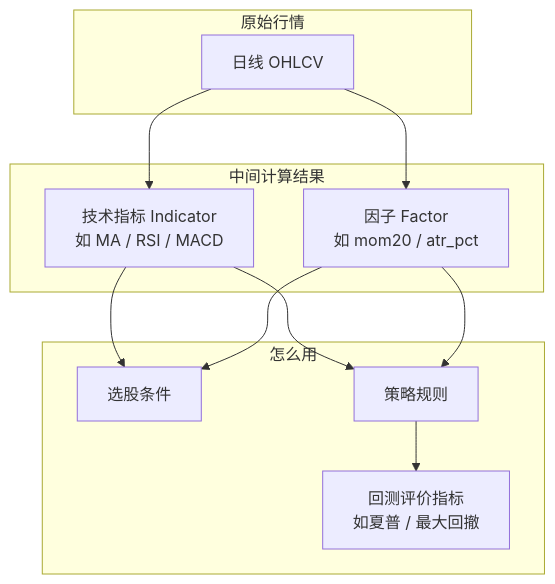
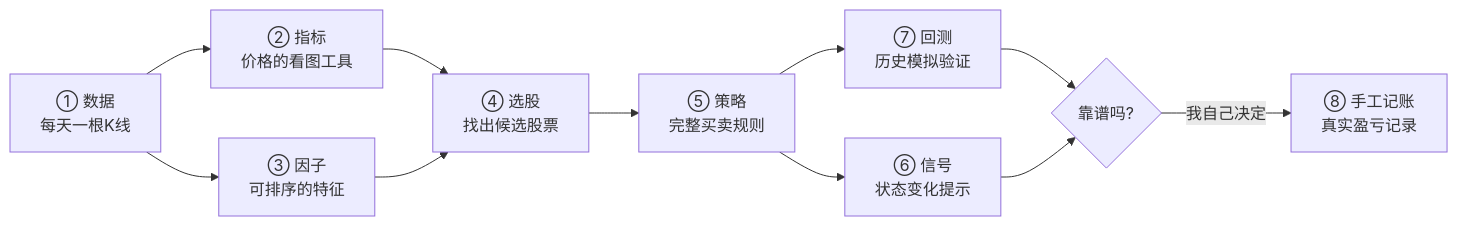
The first of 4 diagrams in quant/slidev/slides.md (hankjs/trace), drawn with Mermaid before and after one commit. The commit also changed other lines of this file, not shown here.

````diff
--- a/quant/slidev/slides.md
+++ b/quant/slidev/slides.md
@@ -370,22 +78,13 @@
 ```mermaid
-flowchart TB
-  subgraph raw [原始行情]
-    BAR[日线 OHLCV]
-  end
-  subgraph mid [中间计算结果]
-    IND[技术指标 Indicator<br/>如 MA / RSI / MACD]
-    FAC[因子 Factor<br/>如 mom20 / atr_pct]
-  end
-  subgraph use [怎么用]
-    SCR[选股条件]
-    STR[策略规则]
-    MET[回测评价指标<br/>如夏普 / 最大回撤]
-  end
-  BAR --> IND
-  BAR --> FAC
-  IND --> SCR
-  IND --> STR
-  FAC --> SCR
-  FAC --> STR
-  STR --> MET
+flowchart LR
+  A[① 数据<br/>每天一根K线] --> B[② 指标<br/>价格的看图工具]
+  A --> C[③ 因子<br/>可排序的特征]
+  B --> D[④ 选股<br/>找出候选股票]
+  C --> D
+  D --> E[⑤ 策略<br/>完整买卖规则]
+  E --> F[⑥ 信号<br/>状态变化提示]
+  E --> G[⑦ 回测<br/>历史模拟验证]
+  G --> H{靠谱吗?}
+  H -->|我自己决定| I[⑧ 手工记账<br/>真实盈亏记录]
+  F --> H
 ```
````
